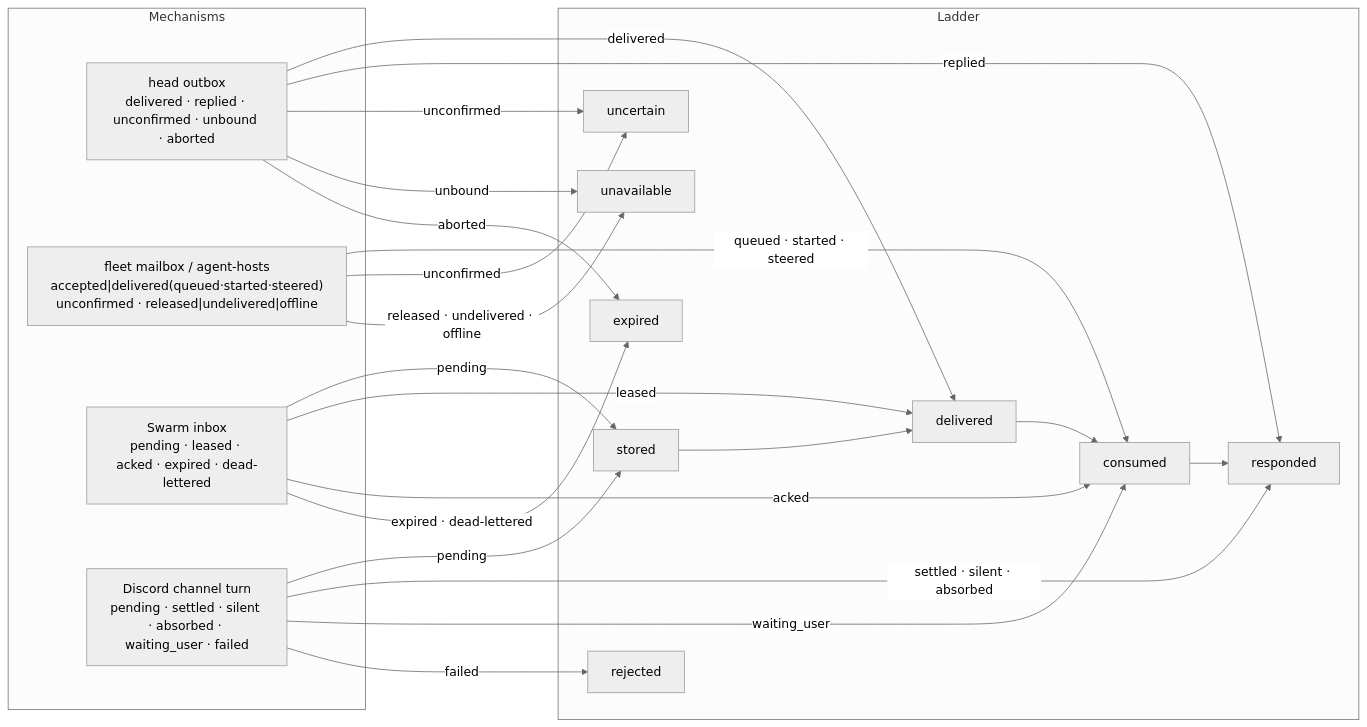
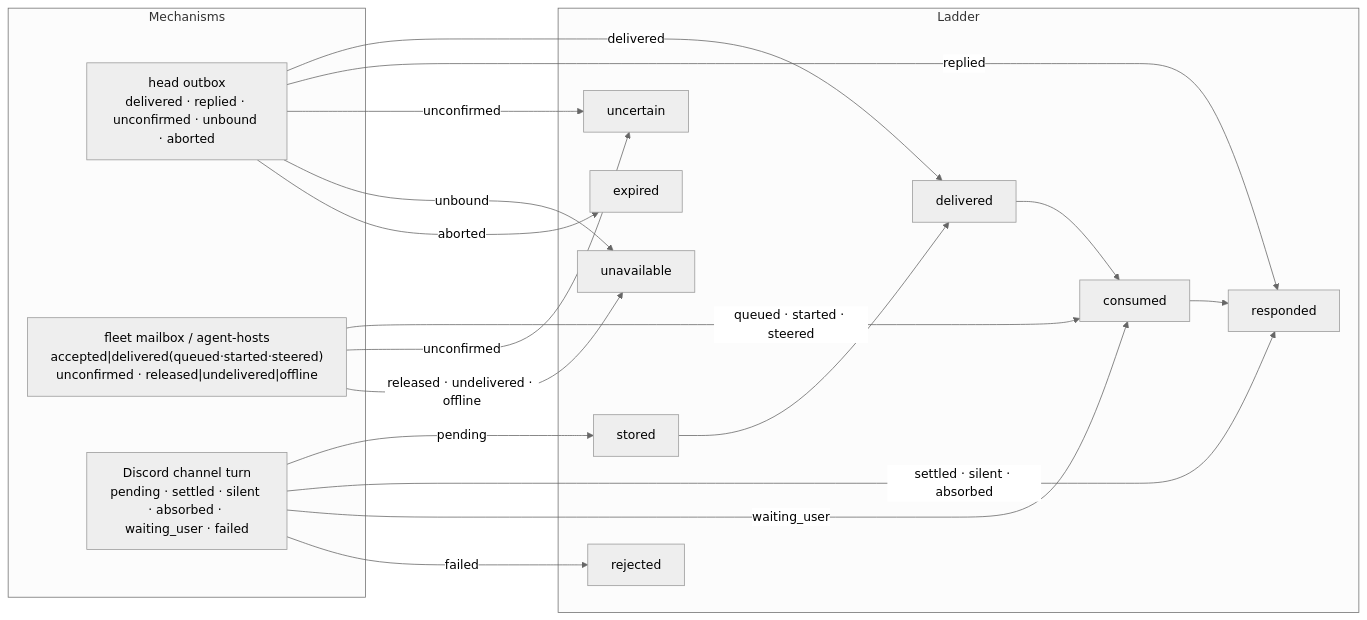
Before and after one commit to Volpestyle/clankie: the diagram in docs/adr/0211-a-delivery-says-how-far-it-got.md, drawn with Mermaid (neutral theme). The commit also changed other lines of this file, not shown here.

````diff
--- a/docs/adr/0211-a-delivery-says-how-far-it-got.md
+++ b/docs/adr/0211-a-delivery-says-how-far-it-got.md
@@ -55,32 +60,27 @@
 ```mermaid
 flowchart LR
   subgraph Mechanisms
     HO["head outbox<br/>delivered · replied · unconfirmed · unbound · aborted"]
     FS["fleet mailbox / agent-hosts<br/>accepted|delivered(queued·started·steered)<br/>unconfirmed · released|undelivered|offline"]
-    SW["Swarm inbox<br/>pending · leased · acked · expired · dead-lettered"]
     DC["Discord channel turn<br/>pending · settled · silent · absorbed · waiting_user · failed"]
   end
   subgraph Ladder
     stored --> delivered --> consumed --> responded
     unavailable
     uncertain
     expired
     rejected
   end
   HO -->|delivered| delivered
   HO -->|replied| responded
   HO -->|unconfirmed| uncertain
   HO -->|unbound| unavailable
   HO -->|aborted| expired
   FS -->|queued · started · steered| consumed
   FS -->|unconfirmed| uncertain
   FS -->|released · undelivered · offline| unavailable
-  SW -->|pending| stored
-  SW -->|leased| delivered
-  SW -->|acked| consumed
-  SW -->|expired · dead-lettered| expired
   DC -->|pending| stored
   DC -->|settled · silent · absorbed| responded
   DC -->|waiting_user| consumed
   DC -->|failed| rejected
 ```
````
